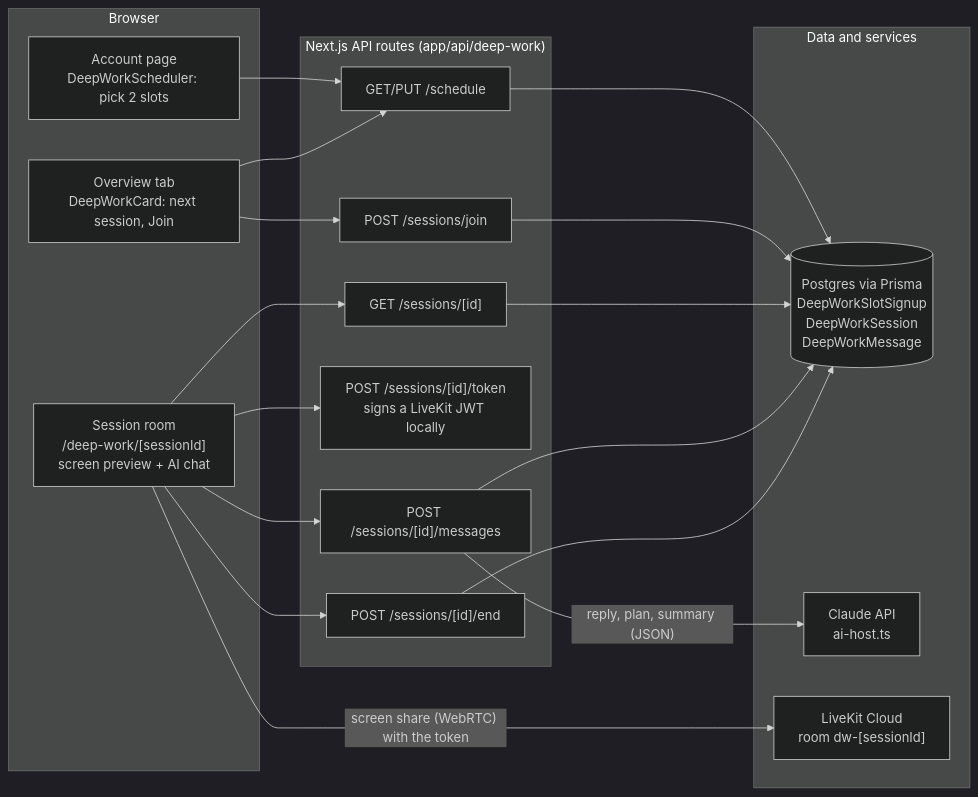
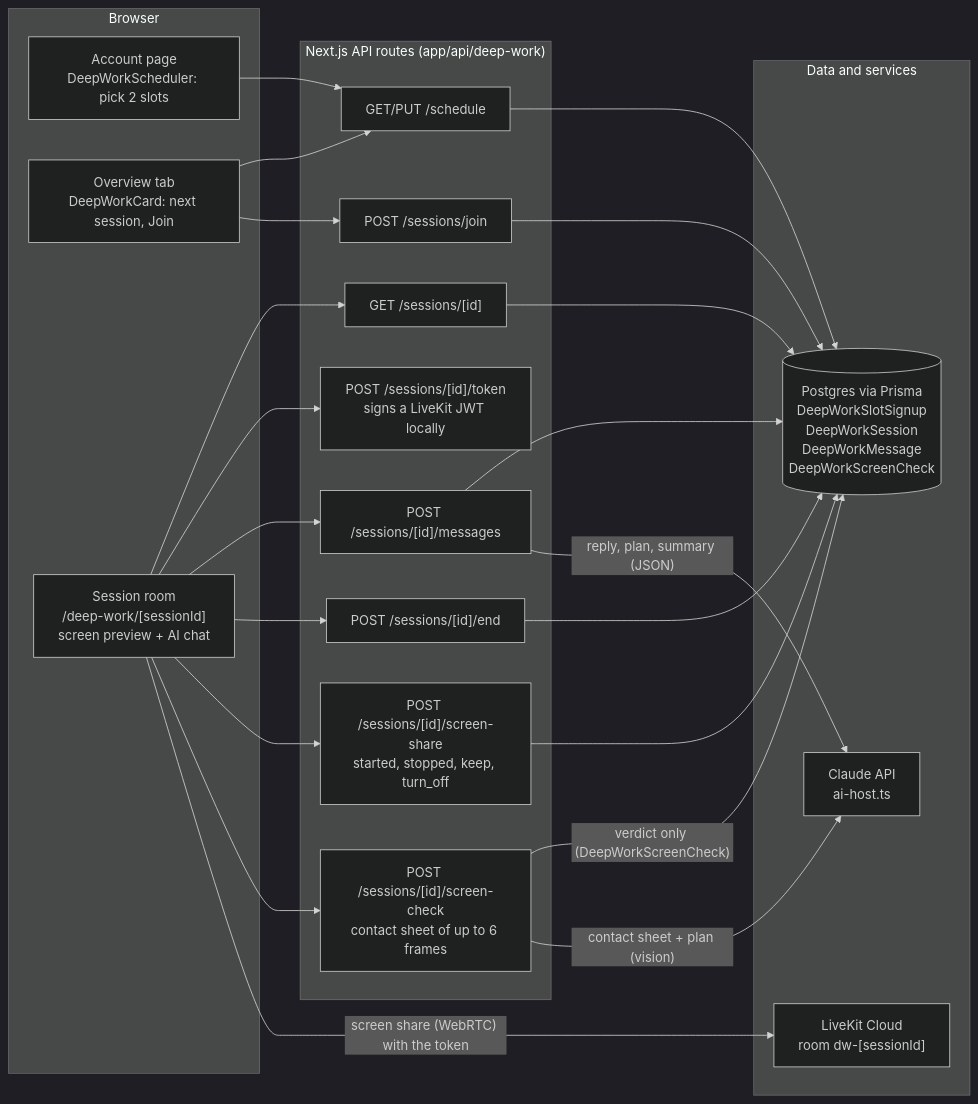
Before and after one commit to utsab/OfferInsight: the diagram in docs/deep-work-architecture.md, drawn with Mermaid (dark theme). The commit also changed other lines of this file and 13 other files, not shown here.

First line of the commit message:
Deep Work screen checks: 30-minute contact-sheet check with Claude vision

````diff
--- a/docs/deep-work-architecture.md
+++ b/docs/deep-work-architecture.md
@@ -9,39 +9,46 @@
 ```mermaid
 flowchart LR
   subgraph Browser
     Account["Account page<br/>DeepWorkScheduler: pick 2 slots"]
     Card["Overview tab<br/>DeepWorkCard: next session, Join"]
     Room["Session room<br/>/deep-work/[sessionId]<br/>screen preview + AI chat"]
   end
 
   subgraph API["Next.js API routes (app/api/deep-work)"]
     Schedule["GET/PUT /schedule"]
     Join["POST /sessions/join"]
     Get["GET /sessions/[id]"]
     Token["POST /sessions/[id]/token<br/>signs a LiveKit JWT locally"]
     Messages["POST /sessions/[id]/messages"]
     End["POST /sessions/[id]/end"]
+    Share["POST /sessions/[id]/screen-share<br/>started, stopped, keep, turn_off"]
+    Check["POST /sessions/[id]/screen-check<br/>contact sheet of up to 6 frames"]
   end
 
   subgraph Services["Data and services"]
-    DB[("Postgres via Prisma<br/>DeepWorkSlotSignup<br/>DeepWorkSession<br/>DeepWorkMessage")]
+    DB[("Postgres via Prisma<br/>DeepWorkSlotSignup<br/>DeepWorkSession<br/>DeepWorkMessage<br/>DeepWorkScreenCheck")]
     Claude["Claude API<br/>ai-host.ts"]
     LiveKit["LiveKit Cloud<br/>room dw-[sessionId]"]
   end
 
   Account --> Schedule
   Card --> Schedule
   Card --> Join
   Room --> Get
   Room --> Token
   Room --> Messages
   Room --> End
+  Room --> Share
+  Room --> Check
 
   Schedule --> DB
   Join --> DB
   Get --> DB
   Messages --> DB
   End --> DB
+  Share --> DB
+  Check -- "verdict only (DeepWorkScreenCheck)" --> DB
+  Check -- "contact sheet + plan (vision)" --> Claude
   Messages -- "reply, plan, summary (JSON)" --> Claude
   Room -- "screen share (WebRTC) with the token" --> LiveKit
 ```
````
